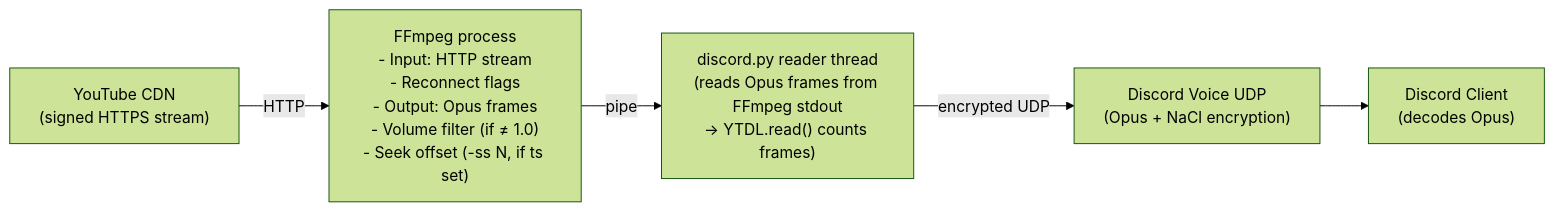
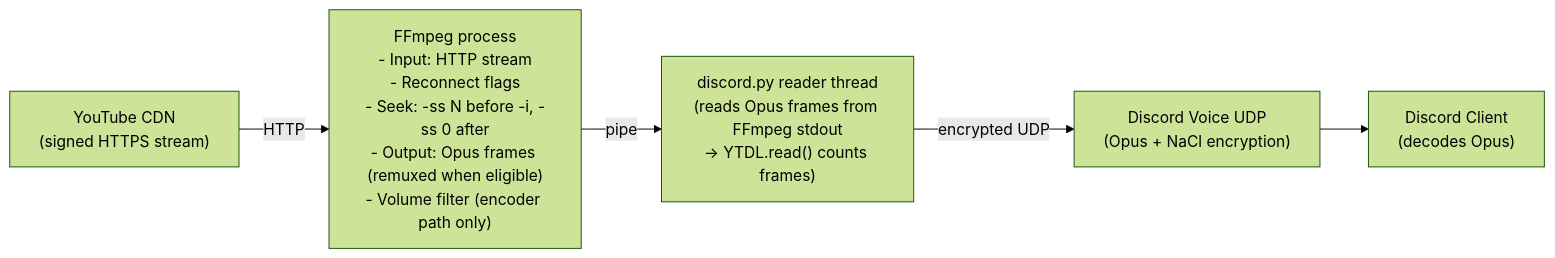
Before and after one commit to kawadeomkar/discord-music-bot: diagram 14 of 15 in docs/ARCHITECTURE.md, drawn with Mermaid (forest theme). The commit also changed other lines of this file and 8 other files, not shown here.

````diff
--- a/docs/ARCHITECTURE.md
+++ b/docs/ARCHITECTURE.md
@@ -933,13 +933,13 @@
 ```mermaid
 flowchart LR
     YT["YouTube CDN\n(signed HTTPS stream)"]
-    FFmpeg["FFmpeg process\n- Input: HTTP stream\n- Reconnect flags\n- Output: Opus frames\n- Volume filter (if ≠ 1.0)\n- Seek offset (-ss N, if ts set)"]
+    FFmpeg["FFmpeg process\n- Input: HTTP stream\n- Reconnect flags\n- Seek: -ss N before -i, -ss 0 after\n- Output: Opus frames (remuxed when eligible)\n- Volume filter (encoder path only)"]
     Reader["discord.py reader thread\n(reads Opus frames from FFmpeg stdout\n→ YTDL.read() counts frames)"]
     VC["Discord Voice UDP\n(Opus + NaCl encryption)"]
     User["Discord Client\n(decodes Opus)"]
 
     YT -->|HTTP| FFmpeg
     FFmpeg -->|pipe| Reader
     Reader -->|encrypted UDP| VC
     VC --> User
 ```
````
